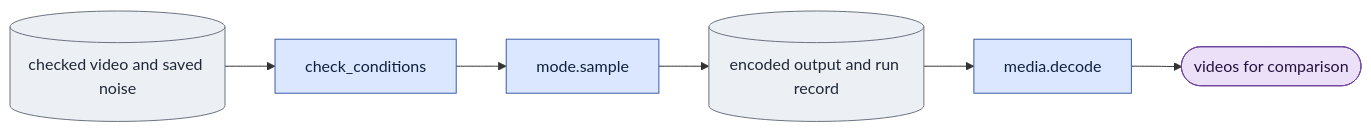
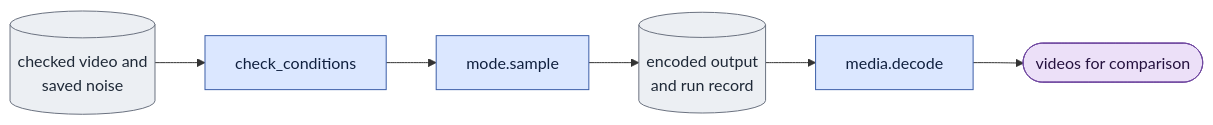
One commit to AtlantixJJ/LTX-2 changed the diagram in scripts/onestep_avatar/doc/evaluate.md. Above: the diagram before and after it, drawn with Mermaid. The commit also changed other lines of this file and 161 other files, not shown here.

````diff
--- a/scripts/onestep_avatar/doc/evaluate.md
+++ b/scripts/onestep_avatar/doc/evaluate.md
@@ -58,12 +58,12 @@
 ```mermaid
 flowchart LR
-  V[("checked video and saved noise")] --> C["check_conditions"]
-  C --> S["mode.sample"] --> R[("encoded output and run record")]
+  V[("checked video and<br/>saved noise")] --> C["check_conditions"]
+  C --> S["mode.sample"] --> R[("encoded output<br/>and run record")]
   R --> D["media.decode"] --> O(["videos for comparison"])
   classDef proc fill:#dbe7ff,stroke:#3b5ea8,color:#10203f;
   classDef disk fill:#eceff3,stroke:#6b7280,color:#1f2937;
   classDef out fill:#ece0f8,stroke:#7048a0,color:#26123f;
   class C,S,D proc;
   class V,R disk;
   class O out;
 ```
````
